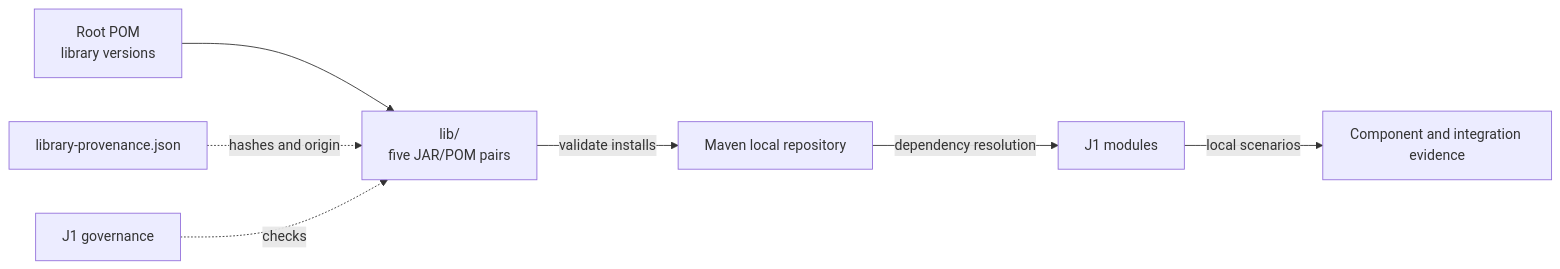
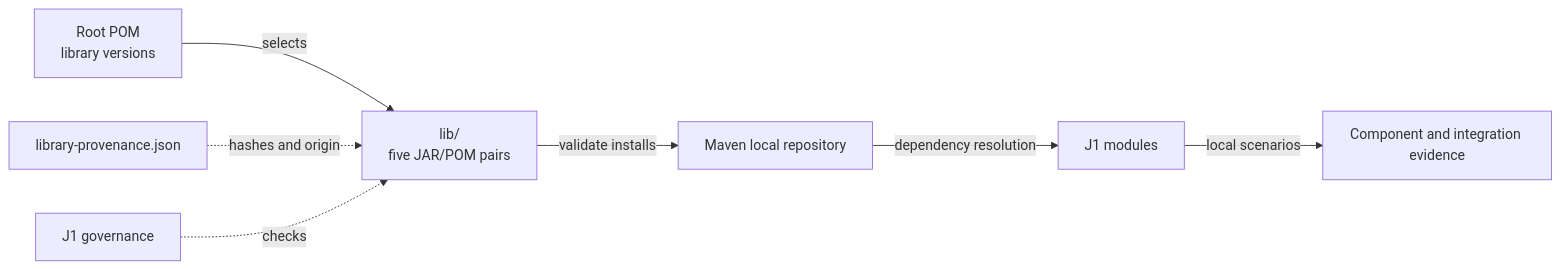
Before and after one commit to crististefanita/atf_j1: the diagram in docs/ATF_Platform_Libraries.md, drawn with Mermaid. The commit also changed 17 other files, not shown here.

```diff
--- a/docs/ATF_Platform_Libraries.md
+++ b/docs/ATF_Platform_Libraries.md
@@ -32,9 +32,9 @@
 ~~~mermaid
 flowchart LR
-    Coordinates["Root POM<br/>library versions"] --> Pair["lib/<br/>five JAR/POM pairs"]
+    Coordinates["Root POM<br/>library versions"] -->|selects| Pair["lib/<br/>five JAR/POM pairs"]
     Pair -->|validate installs| Maven["Maven local repository"]
     Maven -->|dependency resolution| Consumer["J1 modules"]
     Consumer -->|local scenarios| Acceptance["Component and integration evidence"]
     Provenance["library-provenance.json"] -. hashes and origin .-> Pair
     Governance["J1 governance"] -. checks .-> Pair
 ~~~
```
